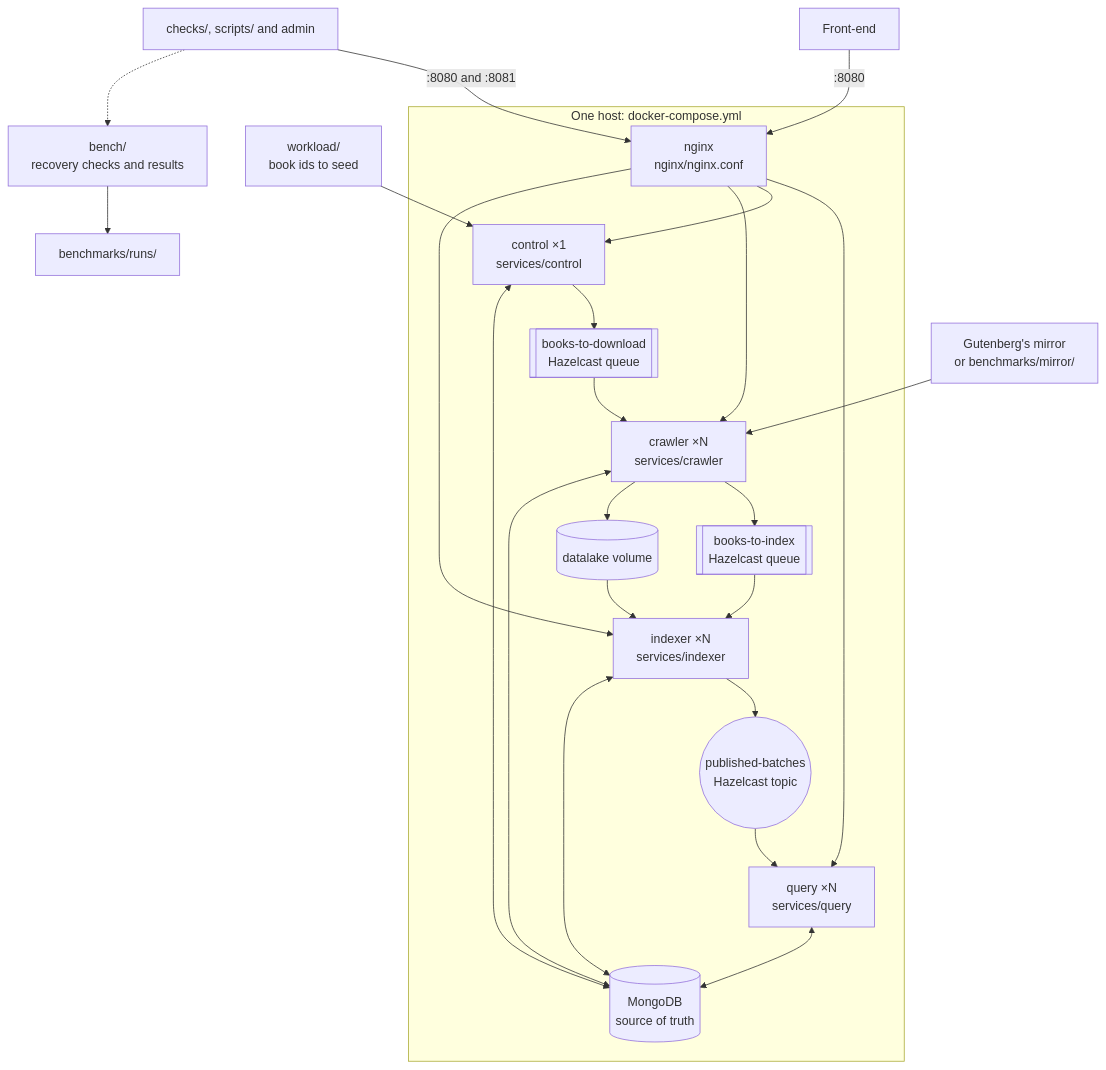
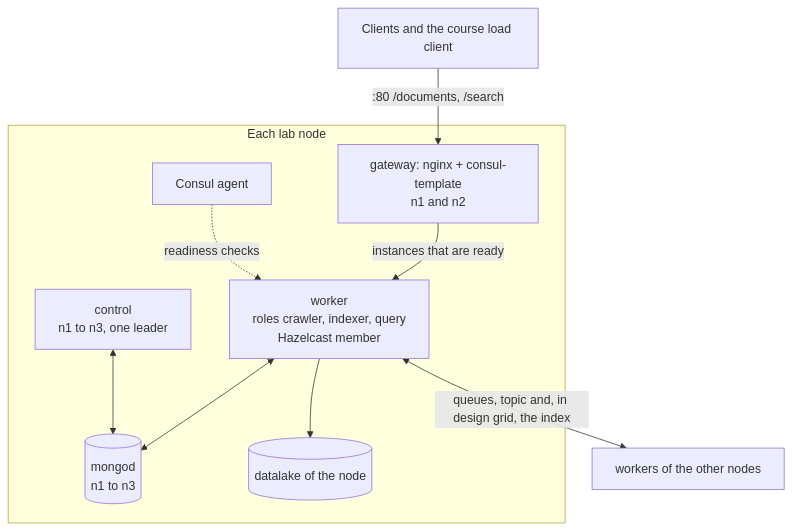
One commit to Query-Tarantino/stage_3 changed the diagram in README.md. Above: the diagram before and after it, drawn with Mermaid. The commit also changed other lines of this file and 2 other files, not shown here.

````diff
--- a/README.md
+++ b/README.md
@@ -31,31 +26,19 @@
 ```mermaid
 flowchart TB
-  FE["Front-end"]
-  OPS["checks/, scripts/ and admin"]
-  WL["workload/<br/>book ids to seed"]
-  GB["Gutenberg's mirror<br/>or benchmarks/mirror/"]
-  BN["bench/<br/>recovery checks and results"]
-  RUNS["benchmarks/runs/"]
-  subgraph HOST["One host: docker-compose.yml"]
-    NG["nginx<br/>nginx/nginx.conf"]
-    CT["control ×1<br/>services/control"]
-    QD[["books-to-download<br/>Hazelcast queue"]]
-    CR["crawler ×N<br/>services/crawler"]
-    QI[["books-to-index<br/>Hazelcast queue"]]
-    IX["indexer ×N<br/>services/indexer"]
-    TP(("published-batches<br/>Hazelcast topic"))
-    Q["query ×N<br/>services/query"]
-    DL[("datalake volume")]
-    M[("MongoDB<br/>source of truth")]
+  CL["Clients and the course load client"]
+  subgraph NODE["Each lab node"]
+    GW["gateway: nginx + consul-template<br/>n1 and n2"]
+    WK["worker<br/>roles crawler, indexer, query<br/>Hazelcast member"]
+    CT["control<br/>n1 to n3, one leader"]
+    CS["Consul agent"]
+    MG[("mongod<br/>n1 to n3")]
+    DL[("datalake of the node")]
   end
-  FE -->|":8080"| NG
-  OPS -->|":8080 and :8081"| NG
-  NG --> Q
-  NG --> CT & CR & IX
-  WL --> CT
-  CT --> QD --> CR --> QI --> IX --> TP --> Q
-  GB --> CR
-  CR --> DL --> IX
-  CT & CR & IX & Q <--> M
-  OPS -.-> BN --> RUNS
+  CL -->|":80 /documents, /search"| GW
+  GW -->|"instances that are ready"| WK
+  CS -. "readiness checks" .-> WK
+  WK --> DL
+  WK <--> MG
+  CT <--> MG
+  WK <-->|"queues, topic and, in design grid, the index"| OW["workers of the other nodes"]
 ```
````
